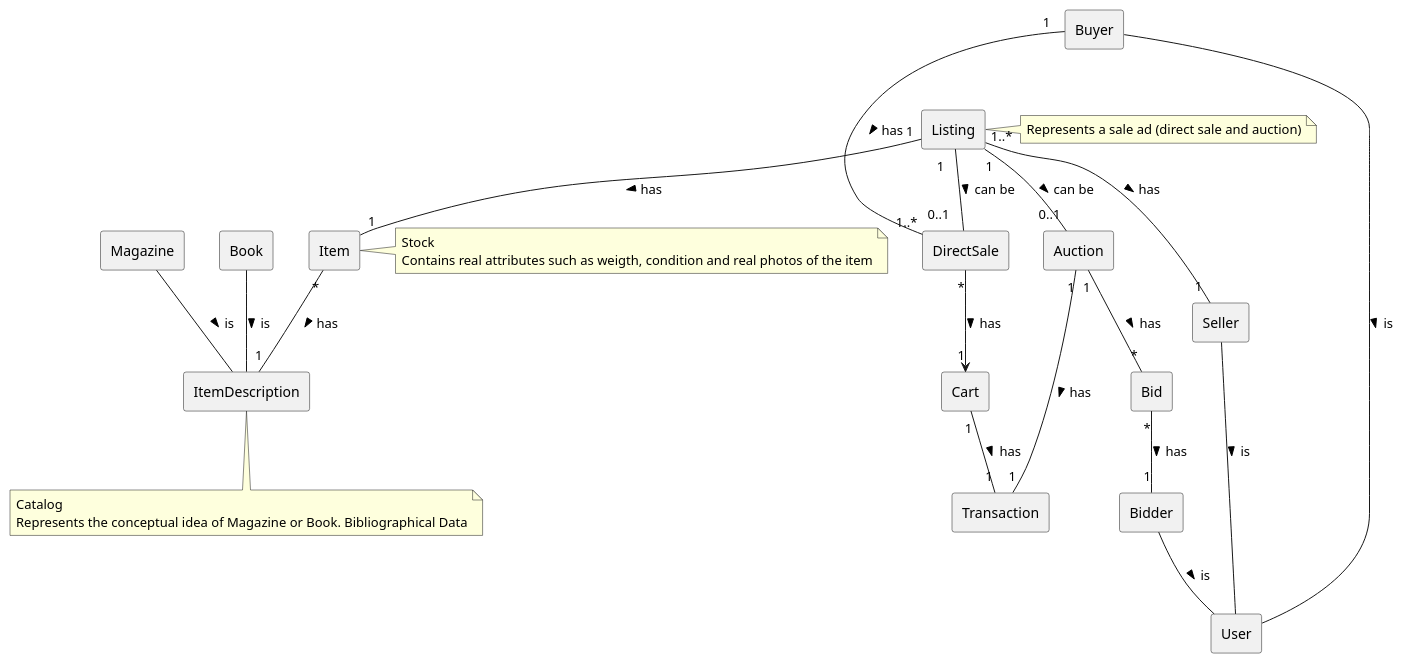
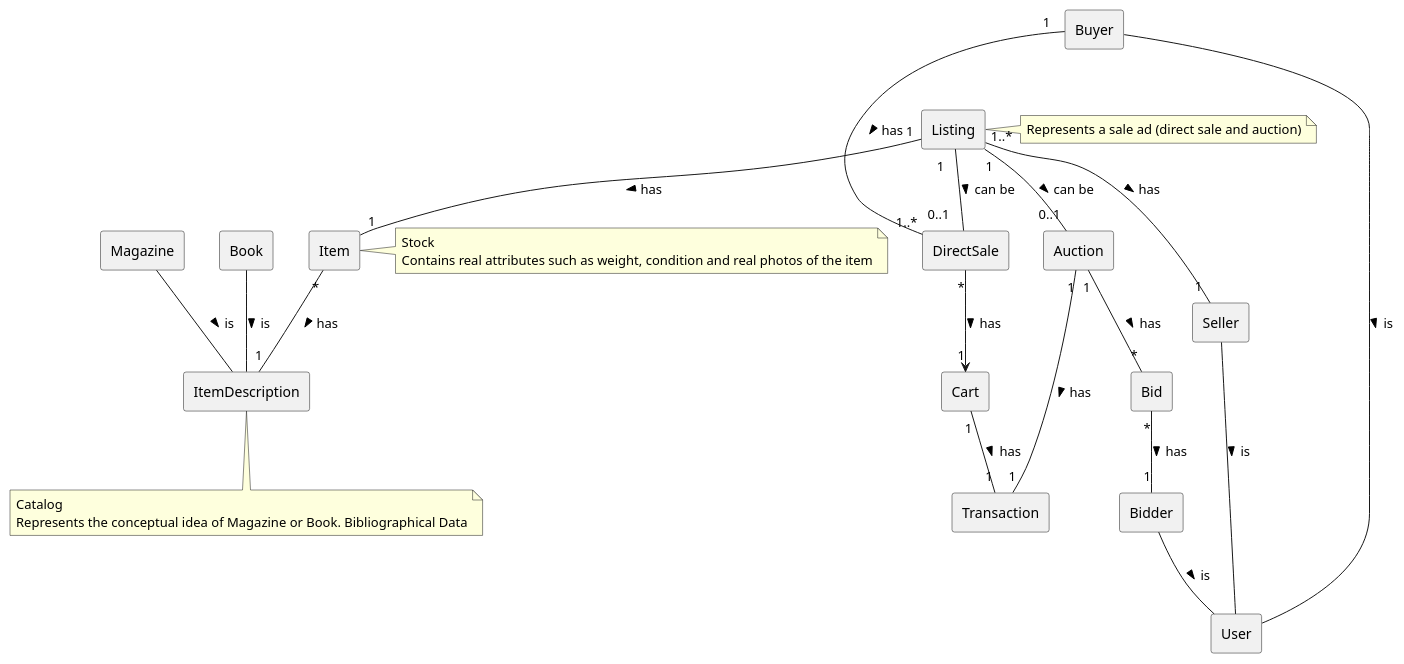
One commit to davidmarqq/MainProject_SWitCH changed the diagram in DomainModel/AOO_Level1.puml. Above: the diagram before and after it, drawn with PlantUML. The commit also changed 2 other files, not shown here.

```diff
--- a/DomainModel/AOO_Level1.puml
+++ b/DomainModel/AOO_Level1.puml
@@ -1,76 +1,76 @@
 @startuml
 'https://plantuml.com/class-diagram
 skinparam componentStyle rectangle
 
 Listing "1" -- "0..1" Auction : > can be
 Listing "1   " -- "0..1   " DirectSale : > can be
 Listing "1..*" -- "       1" Seller : > has
 Listing "1" -- "1" Item : > has
 
 note as L
     Represents a sale ad (direct sale and auction)
     end note
 
 Listing -> L
 
 Item "*" -- "1" ItemDescription : > has
 note as N
     Catalog
     Represents the conceptual idea of Magazine or Book. Bibliographical Data
     end note
 
 ItemDescription --> N
 
 note as S
     Stock
-    Contains real attributes such as weigth, condition and real photos of the item
+    Contains real attributes such as weight, condition and real photos of the item
     end note
 
 Item - S
 
 Book -- ItemDescription : > is
 Magazine -- ItemDescription : > is
 
 Buyer "1  " --- "1..*" DirectSale : > has
 Cart "1" -- "1" Transaction : > has
 DirectSale "*" --> "1" Cart : > has
 
 Auction "1" -- "*" Bid : > has
 Auction "1" -- "1" Transaction : > has
 Bid "*" -- "1" Bidder : > has
 
 Bidder -- User : > is
 
 Seller -- User : > is
 Buyer - User : > is
 
 component Listing{
 }
 component Item {
 }
 component ItemDescription {
 }
 component Seller {
 }
 component Buyer {
 }
 component Bidder {
 }
 component Bid {
 }
 component Cart {
 }
 component DirectSale {
 }
 component Transaction {
 }
 component Book{
 }
 component Magazine{
 }
 component Auction {
 }
 component User {
 }
 
 @enduml
```
